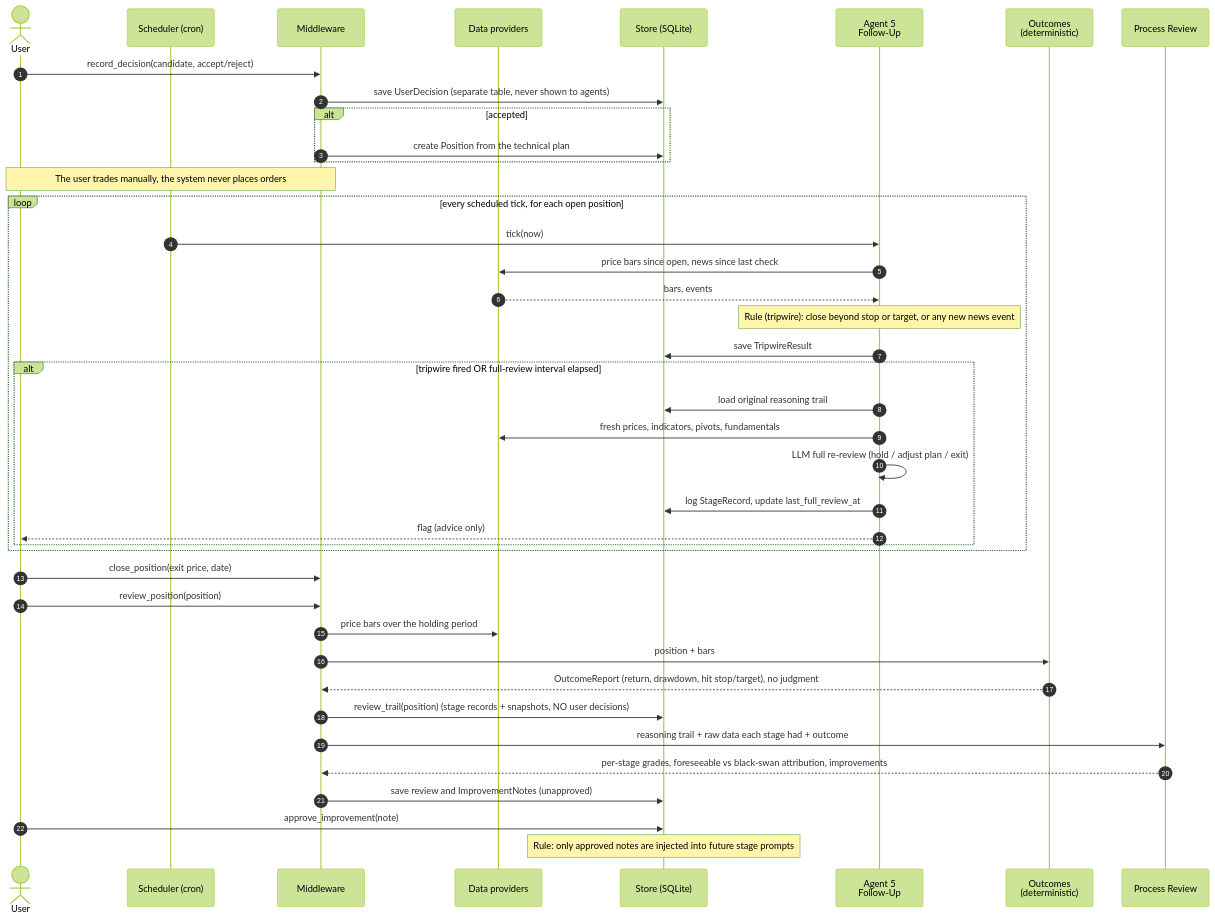
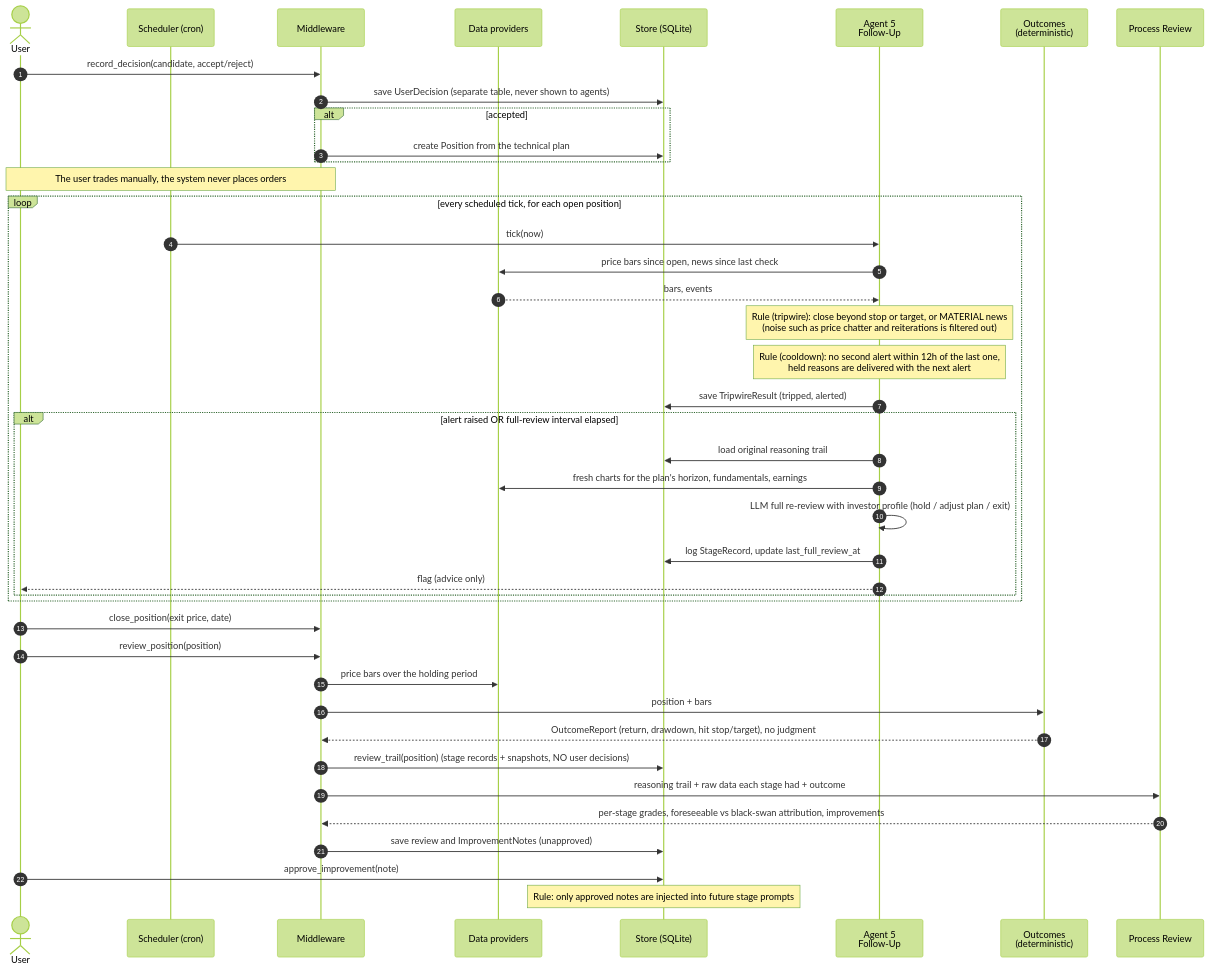
One commit to ashakir11-dev/trading-platform changed the second of 2 diagrams in docs/sequence-diagrams.md. Above: the diagram before and after it, drawn with Mermaid (forest theme). The commit also changed other lines of this file and 20 other files, not shown here.

First line of the commit message:
Add investor profile, horizon-specific charts, rules module and alert controls

````diff
--- a/docs/sequence-diagrams.md
+++ b/docs/sequence-diagrams.md
@@ -77,46 +81,47 @@
 ```mermaid
 sequenceDiagram
     autonumber
     actor User
     participant Sched as Scheduler (cron)
     participant MW as Middleware
     participant Data as Data providers
     participant Store as Store (SQLite)
     participant A5 as Agent 5<br/>Follow-Up
     participant OUT as Outcomes<br/>(deterministic)
     participant PROC as Process Review
 
     User->>MW: record_decision(candidate, accept/reject)
     MW->>Store: save UserDecision (separate table, never shown to agents)
     alt accepted
         MW->>Store: create Position from the technical plan
     end
     Note over User,MW: The user trades manually, the system never places orders
 
     loop every scheduled tick, for each open position
         Sched->>A5: tick(now)
         A5->>Data: price bars since open, news since last check
         Data-->>A5: bars, events
-        Note over A5: Rule (tripwire): close beyond stop or target, or any new news event
-        A5->>Store: save TripwireResult
-        alt tripwire fired OR full-review interval elapsed
+        Note over A5: Rule (tripwire): close beyond stop or target, or MATERIAL news<br/>(noise such as price chatter and reiterations is filtered out)
+        Note over A5: Rule (cooldown): no second alert within 12h of the last one,<br/>held reasons are delivered with the next alert
+        A5->>Store: save TripwireResult (tripped, alerted)
+        alt alert raised OR full-review interval elapsed
             A5->>Store: load original reasoning trail
-            A5->>Data: fresh prices, indicators, pivots, fundamentals
-            A5->>A5: LLM full re-review (hold / adjust plan / exit)
+            A5->>Data: fresh charts for the plan's horizon, fundamentals, earnings
+            A5->>A5: LLM full re-review with investor profile (hold / adjust plan / exit)
             A5->>Store: log StageRecord, update last_full_review_at
             A5-->>User: flag (advice only)
         end
     end
 
     User->>MW: close_position(exit price, date)
     User->>MW: review_position(position)
     MW->>Data: price bars over the holding period
     MW->>OUT: position + bars
     OUT-->>MW: OutcomeReport (return, drawdown, hit stop/target), no judgment
     MW->>Store: review_trail(position) (stage records + snapshots, NO user decisions)
     MW->>PROC: reasoning trail + raw data each stage had + outcome
     PROC-->>MW: per-stage grades, foreseeable vs black-swan attribution, improvements
     MW->>Store: save review and ImprovementNotes (unapproved)
     User->>Store: approve_improvement(note)
     Note over Store: Rule: only approved notes are injected into future stage prompts
 ```
````
